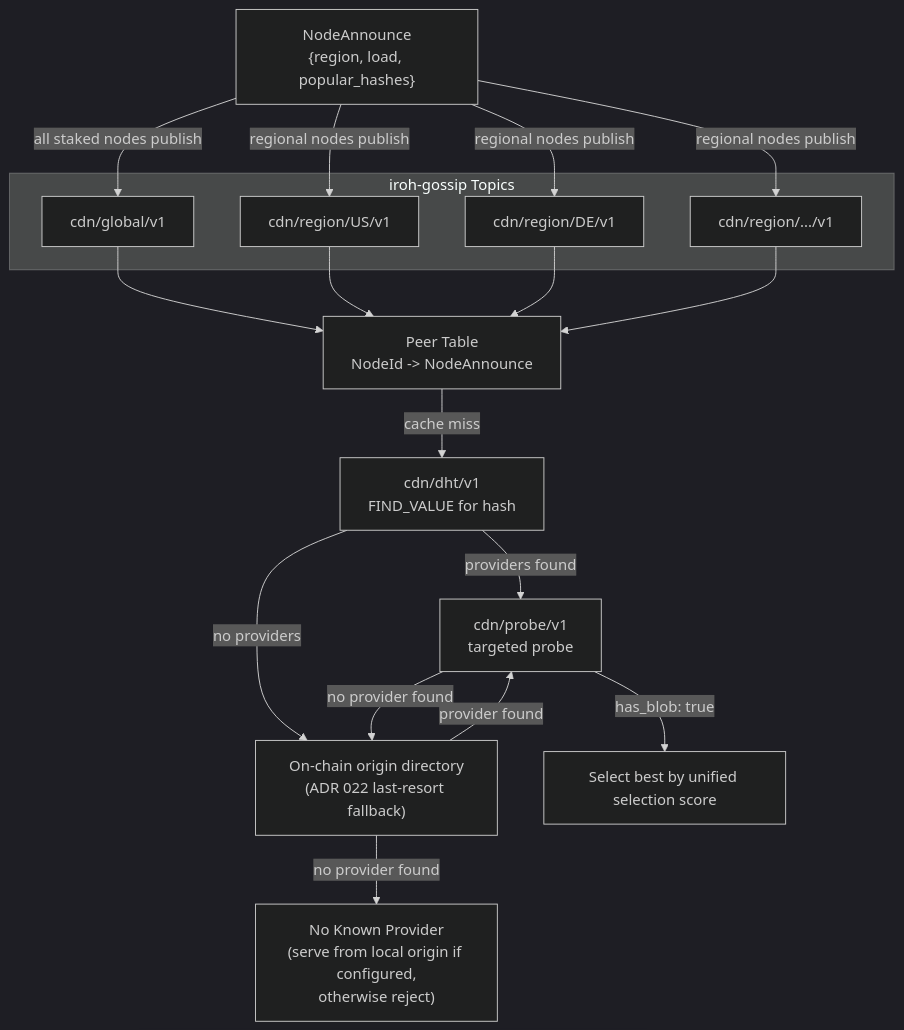
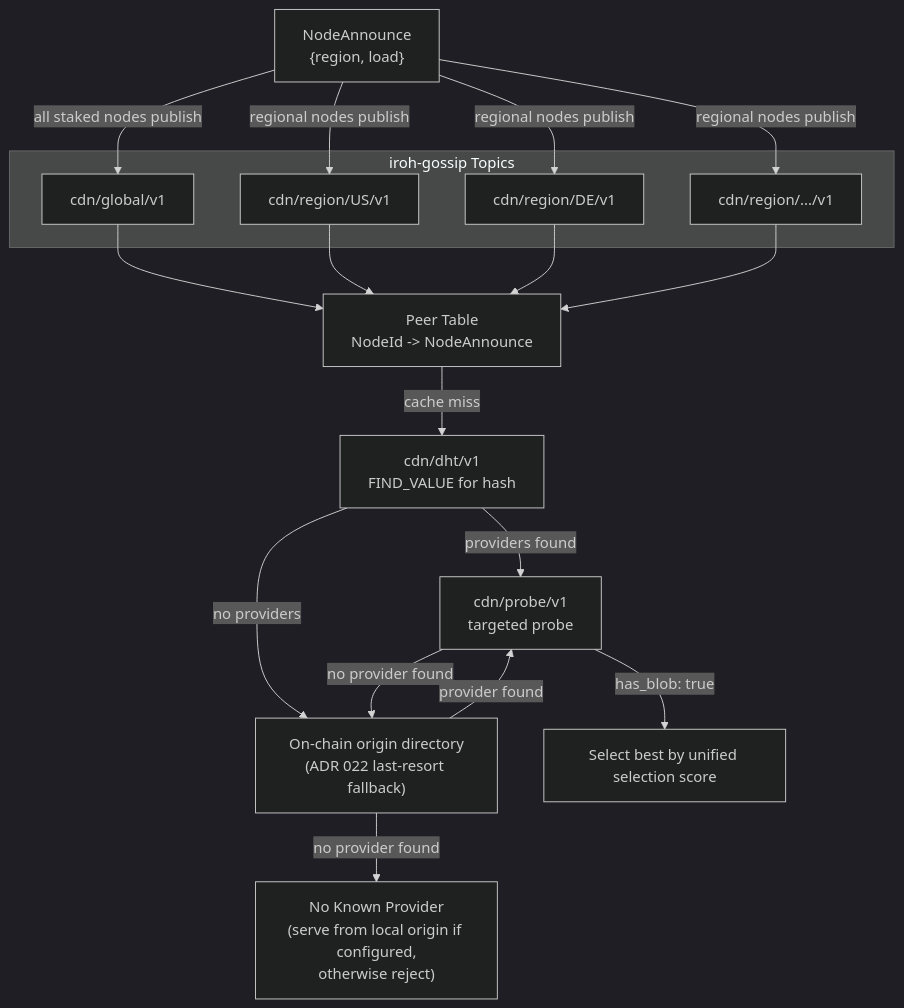
The diagram in adr/001-network.md (decdn/decdn), drawn with Mermaid (dark theme) before and after one commit. The commit also changed other lines of this file and 9 other files, not shown here.

First line of the commit message:
docs(adr): drop popular_hashes from NodeAnnounce; DHT FIND_VALUE is the demand signal (#412) (#416)

````diff
--- a/adr/001-network.md
+++ b/adr/001-network.md
@@ -19,29 +19,29 @@
 ```mermaid
 graph TD
     subgraph Topics["iroh-gossip Topics"]
         GLOBAL["cdn/global/v1"]
         REG_US["cdn/region/US/v1"]
         REG_DE["cdn/region/DE/v1"]
         REG_ETC["cdn/region/.../v1"]
     end
 
-    NA["NodeAnnounce<br/>{region, load, popular_hashes}"]
+    NA["NodeAnnounce<br/>{region, load}"]
 
     NA -->|all staked nodes publish| GLOBAL
     NA -->|regional nodes publish| REG_US
     NA -->|regional nodes publish| REG_DE
     NA -->|regional nodes publish| REG_ETC
 
     GLOBAL --> PT["Peer Table<br/>NodeId -> NodeAnnounce"]
     REG_US --> PT
     REG_DE --> PT
     REG_ETC --> PT
 
     PT -->|cache miss| DHT["cdn/dht/v1<br/>FIND_VALUE for hash"]
     DHT -->|providers found| PROBE["cdn/probe/v1<br/>targeted probe"]
     DHT -->|no providers| DIR["On-chain origin directory<br/>(ADR 022 last-resort fallback)"]
     PROBE -->|has_blob: true| SELECT["Select best by unified selection score"]
     PROBE -->|no provider found| DIR
     DIR -->|provider found| PROBE
     DIR -->|no provider found| MISS["No Known Provider<br/>(serve from local origin if configured,<br/>otherwise reject)"]
 ```
````
